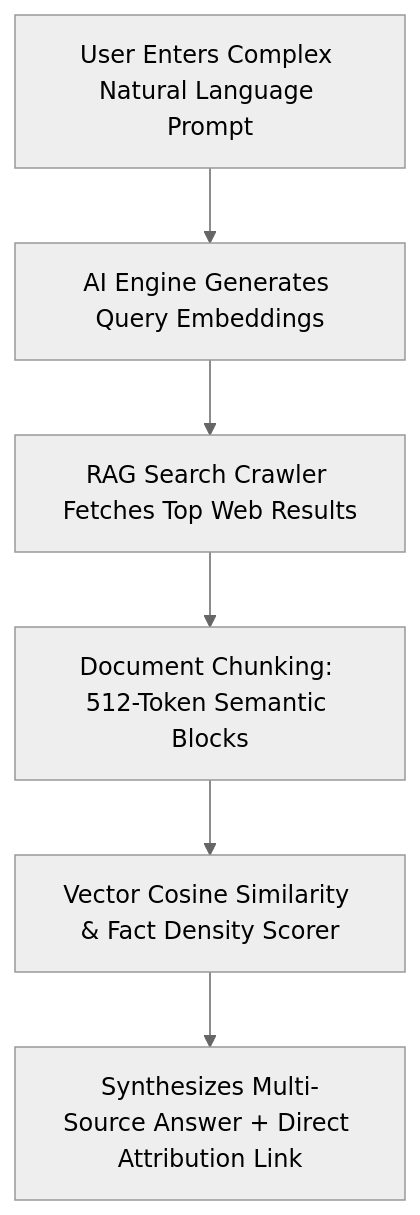
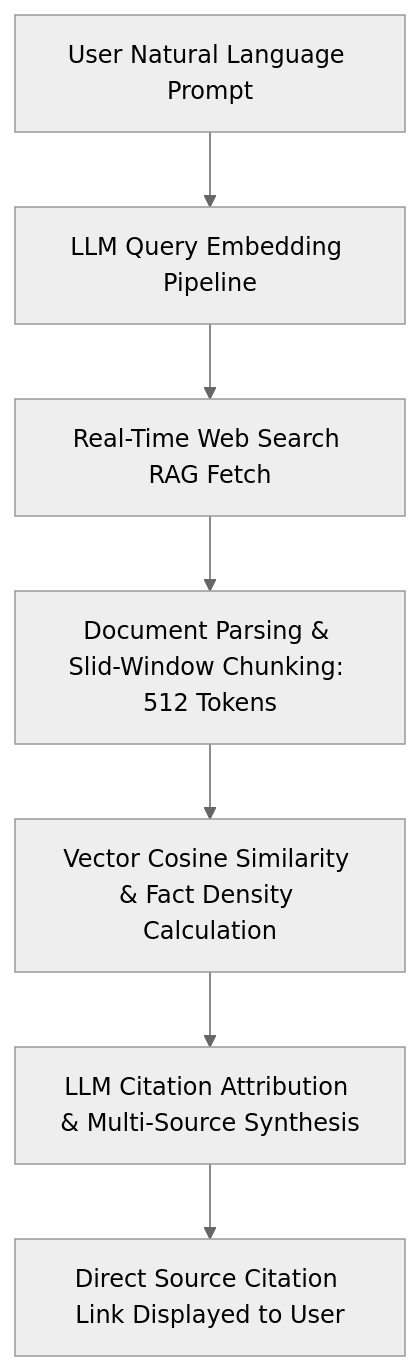
The diagram in ai-seo-and-geo/README.md (seoerai/seo), drawn with Mermaid (neutral theme) before and after one commit. The commit also changed other lines of this file and 3 other files, not shown here.

Commit message:
docs: expand AI SEO, pSEO, Semantic Entities and Schema microdata specs

````diff
--- a/ai-seo-and-geo/README.md
+++ b/ai-seo-and-geo/README.md
@@ -11,8 +11,9 @@
 ```mermaid
 flowchart TD
-    A[User Enters Complex Natural Language Prompt] --> B[AI Engine Generates Query Embeddings]
-    B --> C[RAG Search Crawler Fetches Top Web Results]
-    C --> D[Document Chunking: 512-Token Semantic Blocks]
-    D --> E[Vector Cosine Similarity & Fact Density Scorer]
-    E --> F[Synthesizes Multi-Source Answer + Direct Attribution Link]
+    A[User Natural Language Prompt] --> B[LLM Query Embedding Pipeline]
+    B --> C[Real-Time Web Search RAG Fetch]
+    C --> D[Document Parsing & Slid-Window Chunking: 512 Tokens]
+    D --> E[Vector Cosine Similarity & Fact Density Calculation]
+    E --> F[LLM Citation Attribution & Multi-Source Synthesis]
+    F --> G[Direct Source Citation Link Displayed to User]
 ```
````
